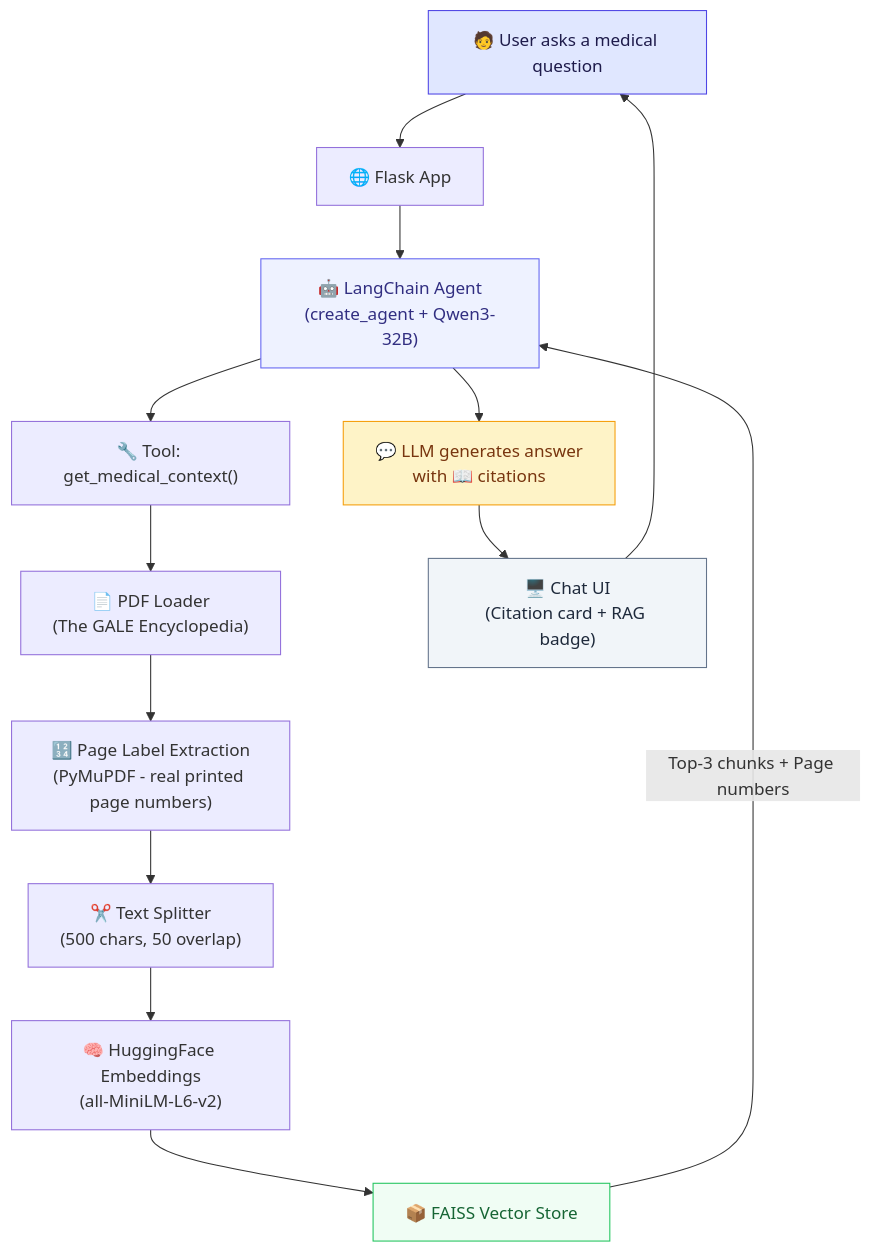
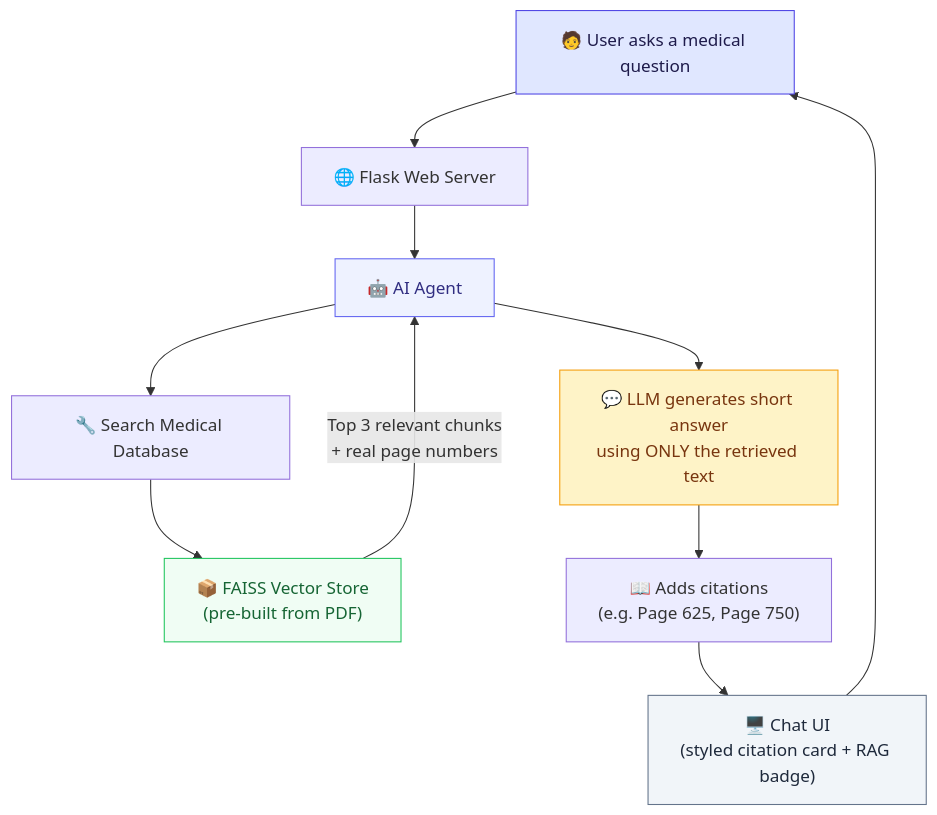
Before and after one commit to farhanrhine/medical-rag-ai-agent-gcp: the first of 2 diagrams in readme.md, drawn with Mermaid. The commit also changed other lines of this file and 2 other files, not shown here.

````diff
--- a/readme.md
+++ b/readme.md
@@ -7,21 +7,18 @@
 ```mermaid
 flowchart TD
-    A["🧑 User asks a medical question"] --> B["🌐 Flask App"]
-    B --> C["🤖 LangChain Agent\n(create_agent + Qwen3-32B)"]
-    C --> D["🔧 Tool: get_medical_context()"]
-    D --> E["📄 PDF Loader\n(The GALE Encyclopedia)"]
-    E --> E2["🔢 Page Label Extraction\n(PyMuPDF - real printed page numbers)"]
-    E2 --> F["✂️ Text Splitter\n(500 chars, 50 overlap)"]
-    F --> G["🧠 HuggingFace Embeddings\n(all-MiniLM-L6-v2)"]
-    G --> H["📦 FAISS Vector Store"]
-    H -->|"Top-3 chunks + Page numbers"| C
-    C --> I["💬 LLM generates answer\nwith 📖 citations"]
-    I --> J["🖥️ Chat UI\n(Citation card + RAG badge)"]
-    J --> A
+    A["🧑 User asks a medical question"] --> B["🌐 Flask Web Server"]
+    B --> C["🤖 AI Agent"]
+    C --> D["🔧 Search Medical Database"]
+    D --> E["📦 FAISS Vector Store\n(pre-built from PDF)"]
+    E -->|"Top 3 relevant chunks\n+ real page numbers"| C
+    C --> F["💬 LLM generates short answer\nusing ONLY the retrieved text"]
+    F --> G["📖 Adds citations\n(e.g. Page 625, Page 750)"]
+    G --> H["🖥️ Chat UI\n(styled citation card + RAG badge)"]
+    H --> A
 
     style A fill:#e0e7ff,stroke:#4f46e5,color:#1e1b4b
     style C fill:#eef2ff,stroke:#6366f1,color:#312e81
-    style H fill:#f0fdf4,stroke:#22c55e,color:#166534
-    style I fill:#fef3c7,stroke:#f59e0b,color:#78350f
-    style J fill:#f1f5f9,stroke:#64748b,color:#1e293b
+    style E fill:#f0fdf4,stroke:#22c55e,color:#166534
+    style F fill:#fef3c7,stroke:#f59e0b,color:#78350f
+    style H fill:#f1f5f9,stroke:#64748b,color:#1e293b
 ```
````
